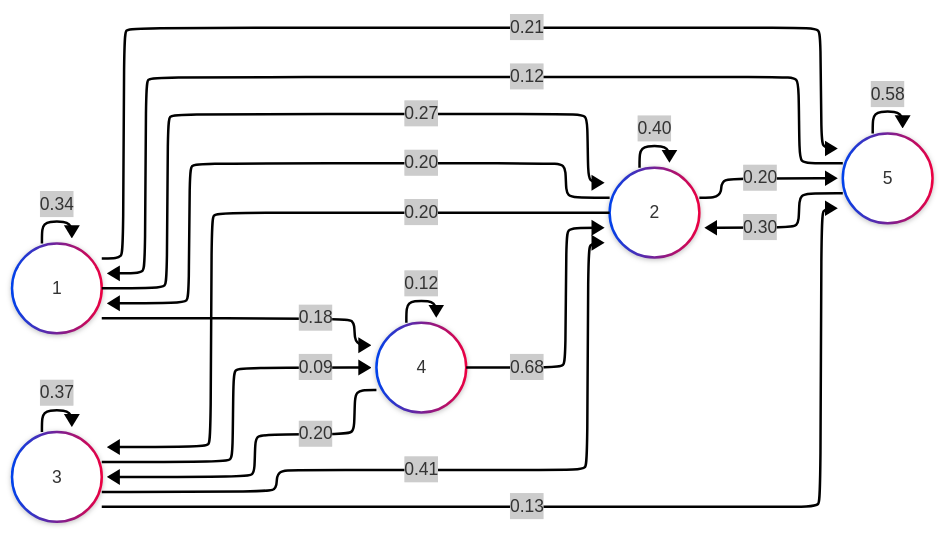
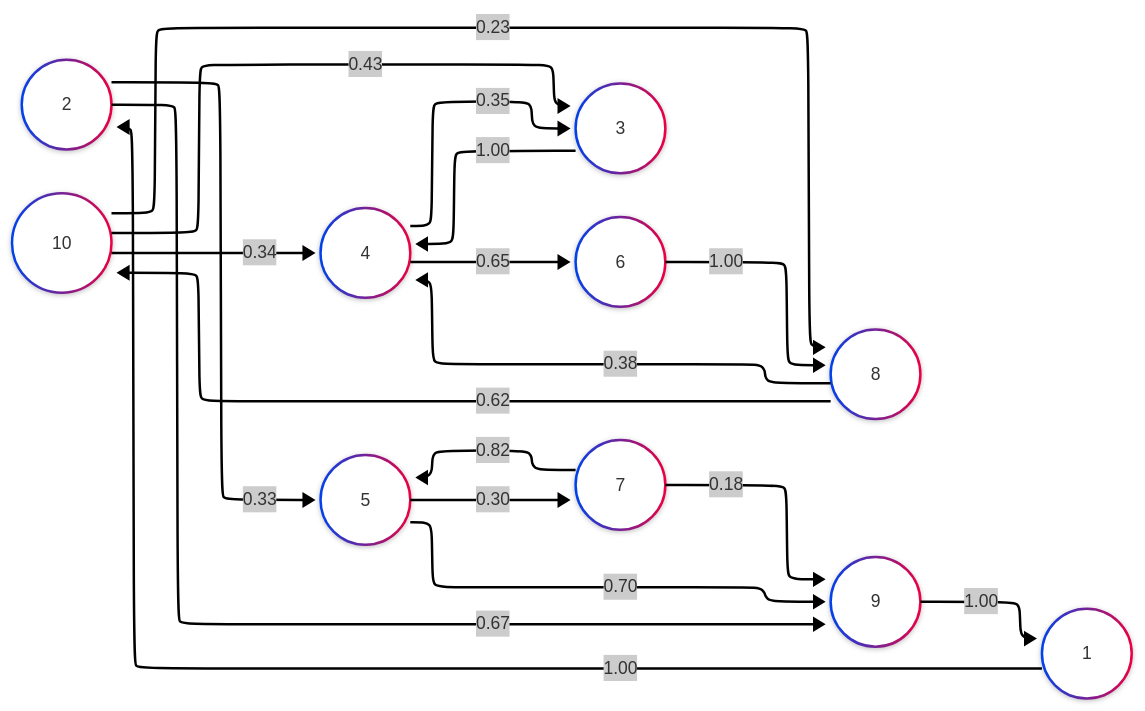
One commit to D0mano/Markov-Project-FOTSO-TAILHADES-GIANNINI changed the diagram in graph.mmd. Above: the diagram before and after it, drawn with Mermaid. The commit also changed 6 other files, not shown here.

```diff
--- a/graph.mmd
+++ b/graph.mmd
@@ -1,32 +1,36 @@
 ---
 config:
    theme: neo
    look: neo
    layout: elk
 ---
 
 flowchart LR
 A((1))
 B((2))
 C((3))
 D((4))
 E((5))
+F((6))
+G((7))
+H((8))
+I((9))
+J((10))
 
-A -->|0.34|A
-A -->|0.27|B
-A -->|0.18|D
-A -->|0.21|E
-B -->|0.20|A
-B -->|0.40|B
-B -->|0.20|C
-B -->|0.20|E
-C -->|0.41|B
-C -->|0.37|C
-C -->|0.09|D
-C -->|0.13|E
-D -->|0.68|B
-D -->|0.20|C
-D -->|0.12|D
-E -->|0.12|A
-E -->|0.30|B
-E -->|0.58|E
+A -->|1.00|B
+B -->|0.33|E
+B -->|0.67|I
+C -->|1.00|D
+D -->|0.35|C
+D -->|0.65|F
+E -->|0.30|G
+E -->|0.70|I
+F -->|1.00|H
+G -->|0.82|E
+G -->|0.18|I
+H -->|0.38|D
+H -->|0.62|J
+I -->|1.00|A
+J -->|0.43|C
+J -->|0.34|D
+J -->|0.23|H
```
